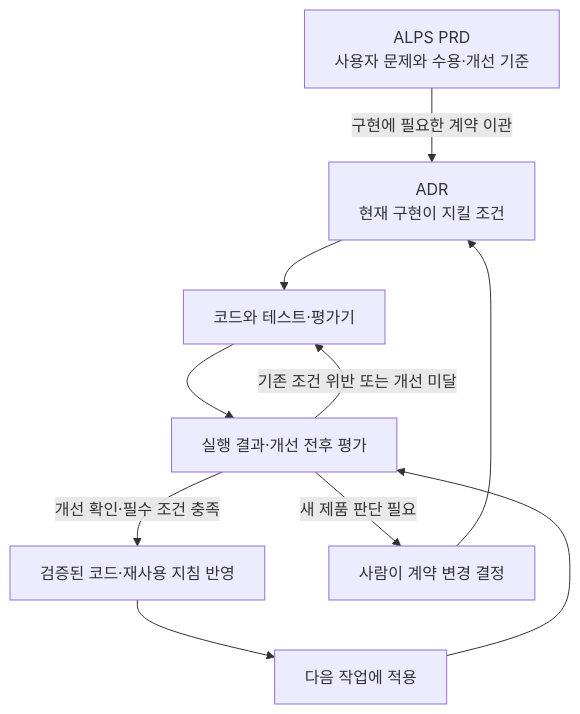
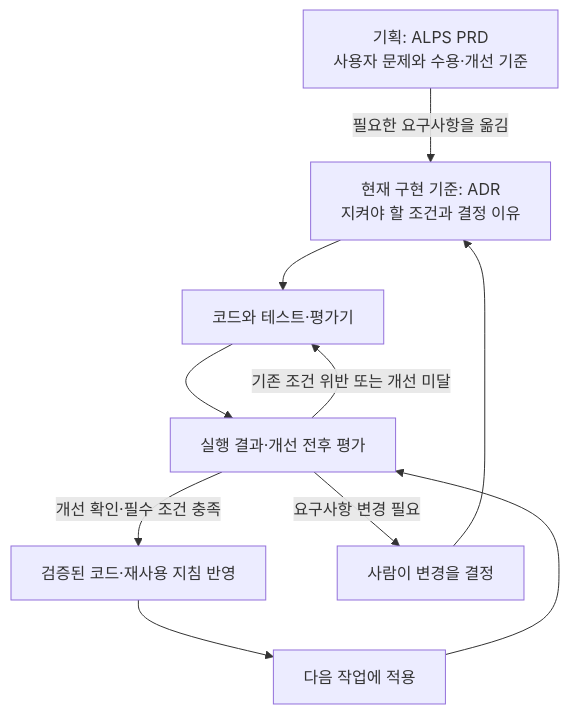
The second of 2 diagrams in _posts/2026-10-05-software-factory-evals-and-tension-metrics.md (haandol/haandol.github.com), drawn with Mermaid before and after one commit. The commit also changed other lines of this file and 3 other files, not shown here.

````diff
--- a/_posts/2026-10-05-software-factory-evals-and-tension-metrics.md
+++ b/_posts/2026-10-05-software-factory-evals-and-tension-metrics.md
@@ -131,12 +141,12 @@
 ```mermaid
 flowchart TD
-    P["ALPS PRD<br/>사용자 문제와 수용·개선 기준"] -->|구현에 필요한 계약 이관| A["ADR<br/>현재 구현이 지킬 조건"]
+    P["기획: ALPS PRD<br/>사용자 문제와 수용·개선 기준"] -->|필요한 요구사항을 옮김| A["현재 구현 기준: ADR<br/>지켜야 할 조건과 결정 이유"]
     A --> C["코드와 테스트·평가기"]
     C --> E["실행 결과·개선 전후 평가"]
     E -->|기존 조건 위반 또는 개선 미달| C
     E -->|개선 확인·필수 조건 충족| K["검증된 코드·재사용 지침 반영"]
     K --> N["다음 작업에 적용"]
     N --> E
-    E -->|새 제품 판단 필요| H["사람이 계약 변경 결정"]
+    E -->|요구사항 변경 필요| H["사람이 변경을 결정"]
     H --> A
 ```
````
